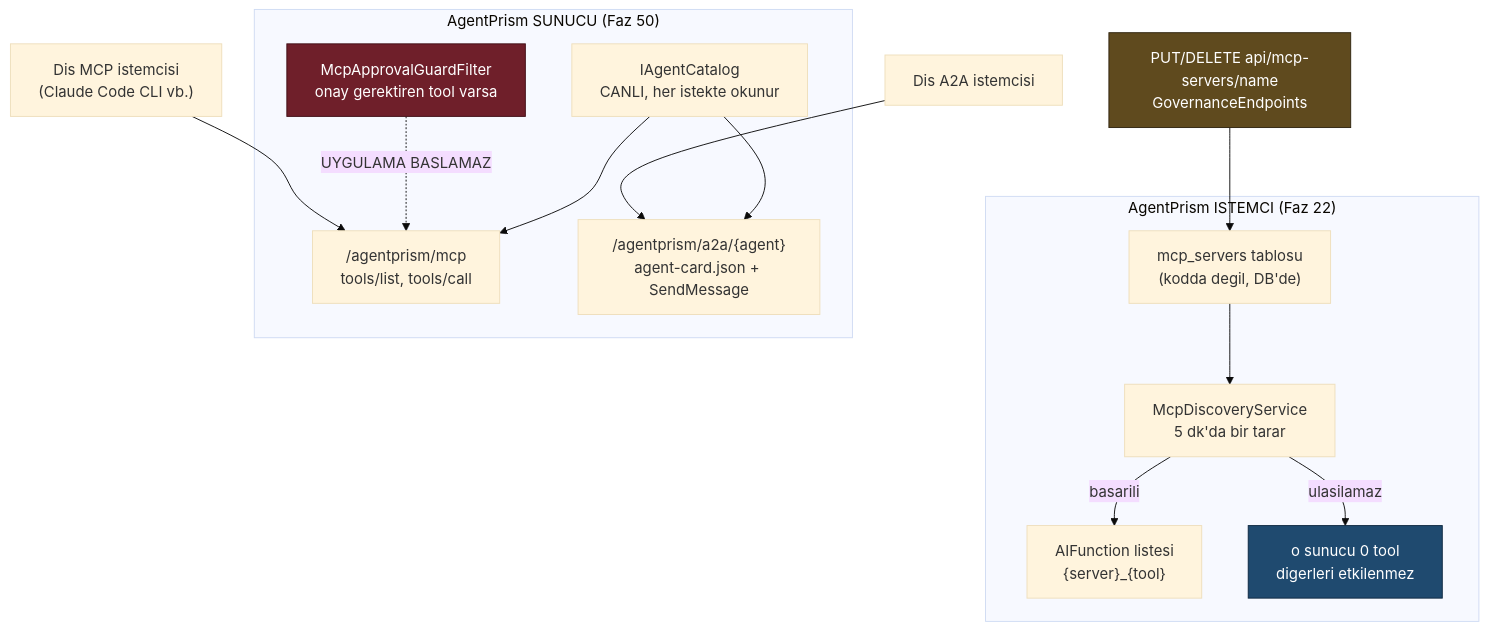
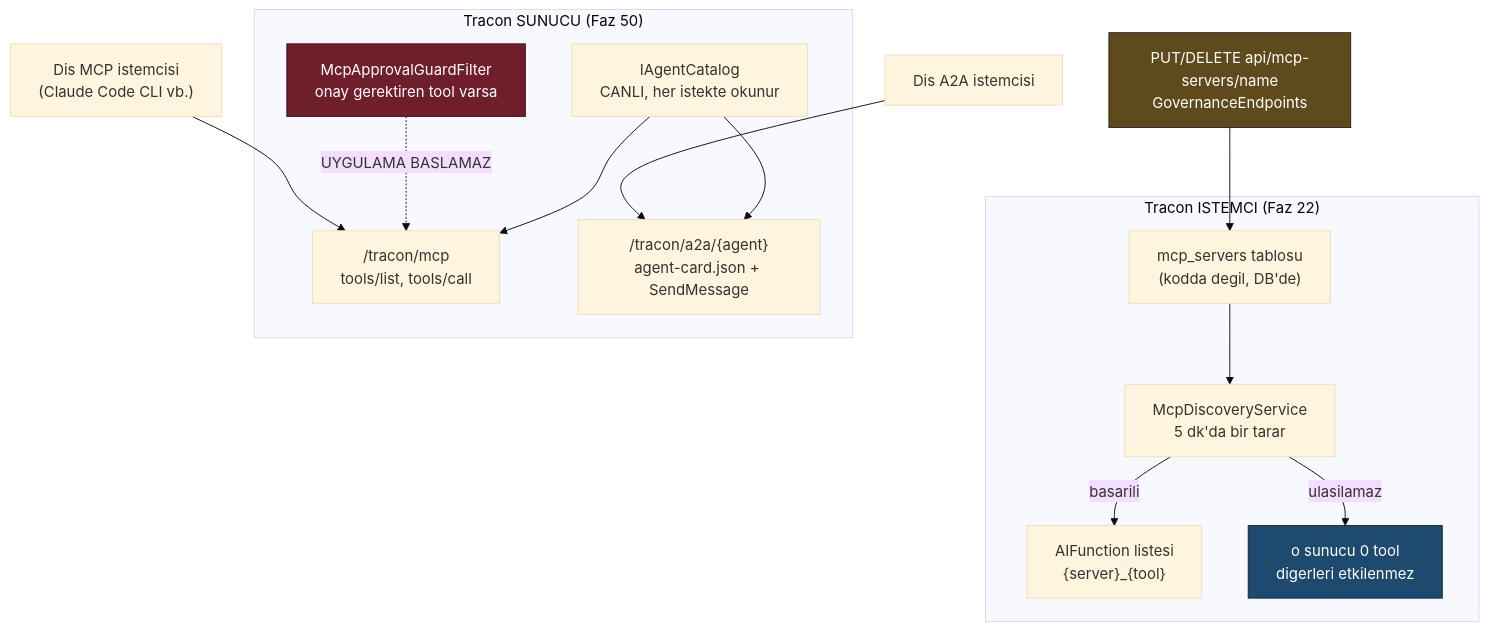
Before and after one commit to farukatasoy/Tracon: the diagram in docs/manuel-test/18-MCP-VE-A2A.md, drawn with Mermaid (base theme). The commit also changed other lines of this file and 4535 other files, not shown here.

````diff
--- a/docs/manuel-test/18-MCP-VE-A2A.md
+++ b/docs/manuel-test/18-MCP-VE-A2A.md
@@ -38,23 +38,23 @@
 ```mermaid
 flowchart TD
-    subgraph Istemci["AgentPrism ISTEMCI (Faz 22)"]
+    subgraph Istemci["Tracon ISTEMCI (Faz 22)"]
         DB["mcp_servers tablosu<br/>(kodda degil, DB'de)"] --> DS["McpDiscoveryService<br/>5 dk'da bir tarar"]
         DS -->|basarili| TOOLS["AIFunction listesi<br/>{server}_{tool}"]
         DS -->|ulasilamaz| DEGRADE["o sunucu 0 tool<br/>digerleri etkilenmez"]
     end
 
-    subgraph Sunucu["AgentPrism SUNUCU (Faz 50)"]
-        CATALOG["IAgentCatalog<br/>CANLI, her istekte okunur"] --> MCPSRV["/agentprism/mcp<br/>tools/list, tools/call"]
-        CATALOG --> A2ASRV["/agentprism/a2a/{agent}<br/>agent-card.json + SendMessage"]
+    subgraph Sunucu["Tracon SUNUCU (Faz 50)"]
+        CATALOG["IAgentCatalog<br/>CANLI, her istekte okunur"] --> MCPSRV["/tracon/mcp<br/>tools/list, tools/call"]
+        CATALOG --> A2ASRV["/tracon/a2a/{agent}<br/>agent-card.json + SendMessage"]
         GUARD["McpApprovalGuardFilter<br/>onay gerektiren tool varsa"] -.->|UYGULAMA BASLAMAZ| MCPSRV
     end
 
     EXT["Dis MCP istemcisi<br/>(Claude Code CLI vb.)"] --> MCPSRV
     EXT2["Dis A2A istemcisi"] --> A2ASRV
 
     GOV["PUT/DELETE api/mcp-servers/name<br/>GovernanceEndpoints"] --> DB
 
     style DEGRADE fill:#1f4a6f,stroke:#0d2740,color:#ffffff
     style GUARD fill:#6f1f2a,stroke:#400d15,color:#ffffff
     style GOV fill:#5f4a1e,stroke:#302510,color:#ffffff
 ```
````
